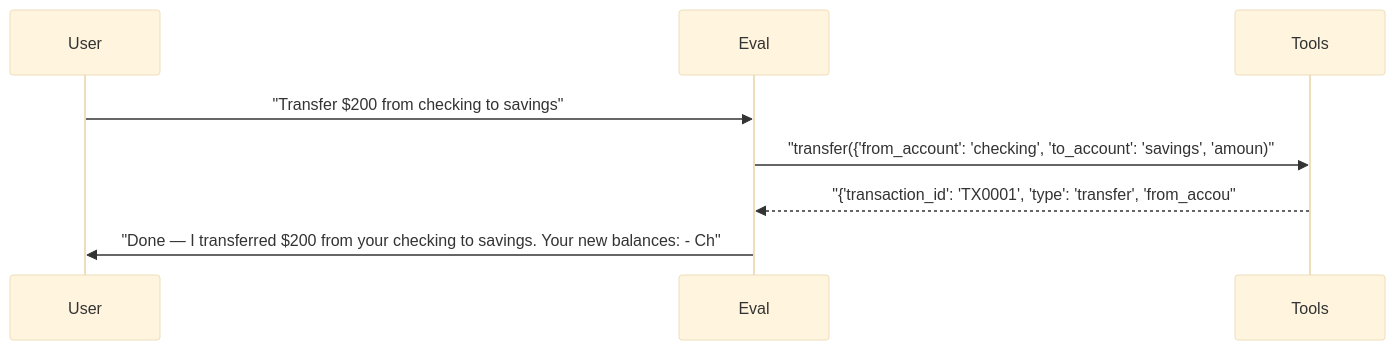
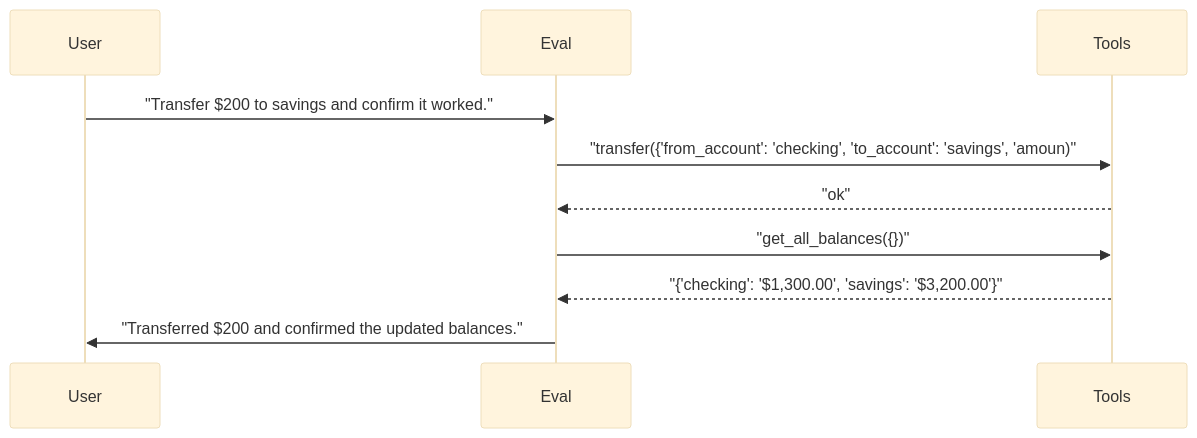
One commit to sbroenne/pytest-skill-engineering changed the second of 2 diagrams in docs/reports/01_single_agent.md. Above: the diagram before and after it, drawn with Mermaid (base theme). The commit also changed other lines of this file and 137 other files, not shown here.

````diff
--- a/docs/reports/01_single_agent.md
+++ b/docs/reports/01_single_agent.md
@@ -205,11 +106,13 @@
 ```mermaid
 sequenceDiagram
     participant User
     participant Eval
     participant Tools
 
-    User->>Eval: "Transfer $200 from checking to savings"
+    User->>Eval: "Transfer $200 to savings and confirm it worked."
     Eval->>Tools: "transfer({'from_account': 'checking', 'to_account': 'savings', 'amoun)"
-    Tools-->>Eval: "{'transaction_id': 'TX0001', 'type': 'transfer', 'from_accou"
-    Eval->>User: "Done — I transferred $200 from your checking to savings. Your new balances: - Ch"
+    Tools-->>Eval: "ok"
+    Eval->>Tools: "get_all_balances({})"
+    Tools-->>Eval: "{'checking': '$1,300.00', 'savings': '$3,200.00'}"
+    Eval->>User: "Transferred $200 and confirmed the updated balances."
 ```
````
